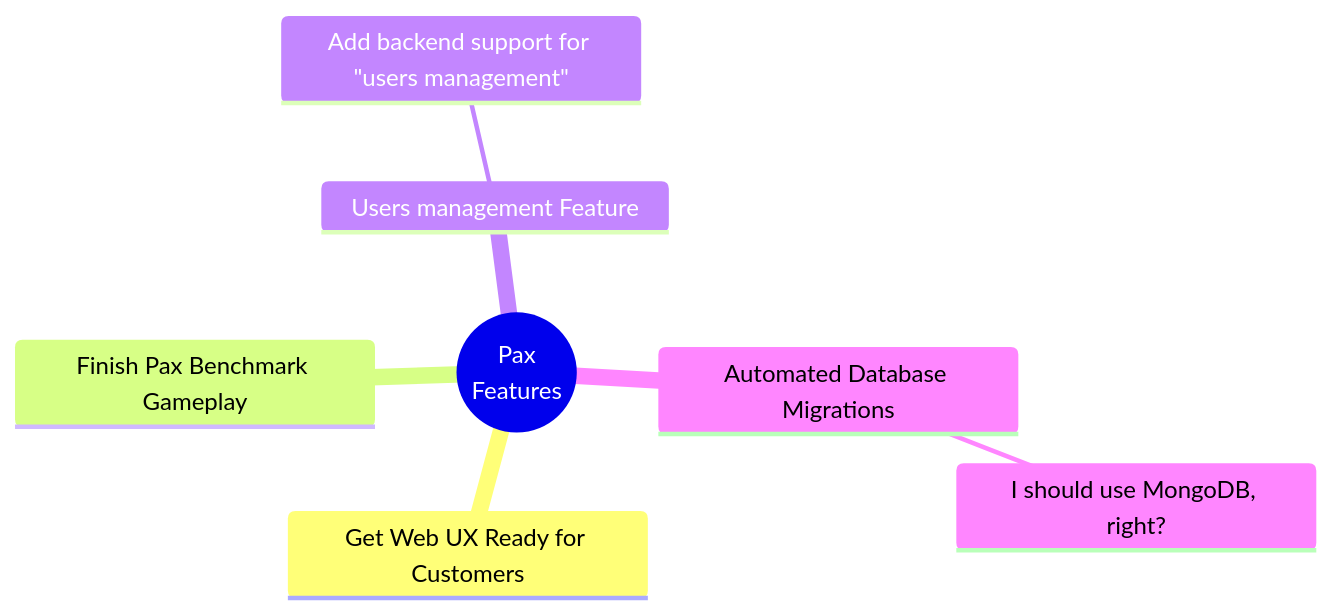
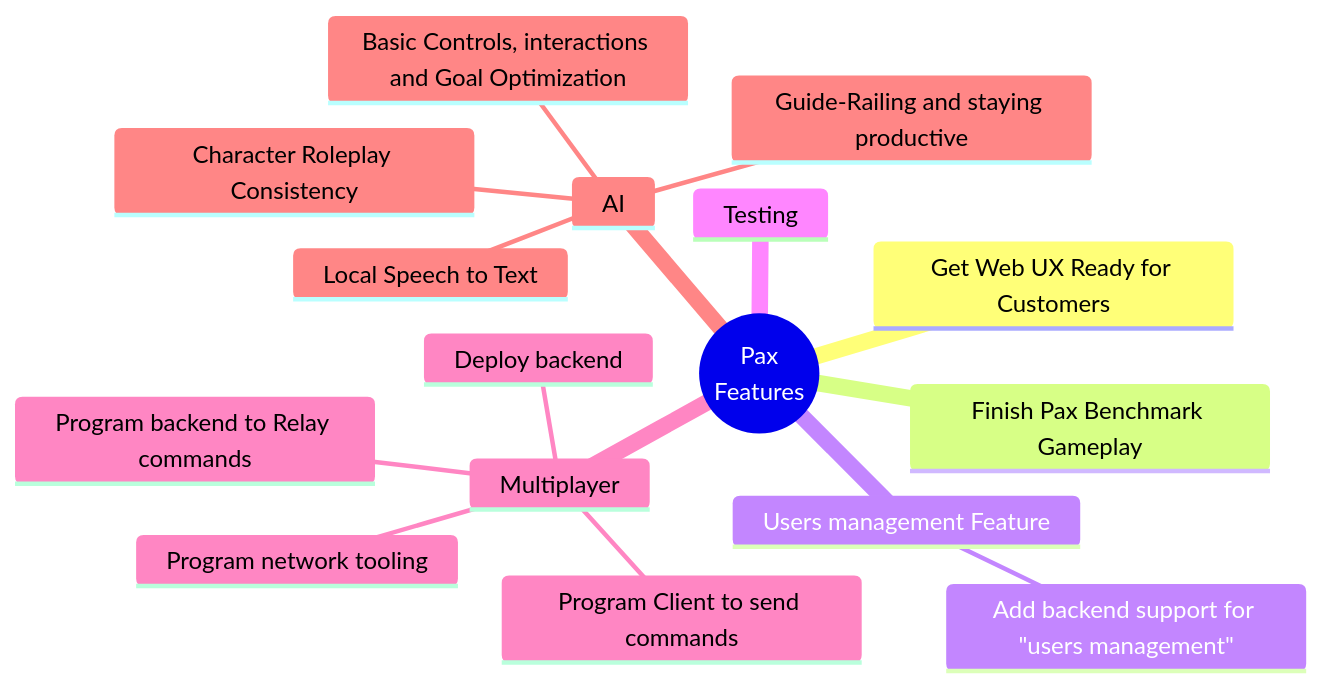
One commit to TriNetCo/pax-imperia-web changed the second of 2 diagrams in docs/architectural_diagrams.md. Above: the diagram before and after it, drawn with Mermaid.

````diff
--- a/docs/architectural_diagrams.md
+++ b/docs/architectural_diagrams.md
@@ -21,17 +21,35 @@
 ```mermaid
 mindmap
     root((Pax <br/> Features))
         Get Web UX Ready for Customers
         ::icon(fa fa-star)
         Finish Pax Benchmark Gameplay
         ::icon(fa fa-star)
         Users management Feature
         ::icon(fa fa-star)
             Add backend support for "users management"
             ::icon(fa fa-book)
         ::icon(fa fa-star)
-        Automated Database Migrations
+        Testing
         ::icon(fa fa-star)
-            I should use MongoDB, right?
-            ::icon(fa fa-question)
+        Multiplayer
+        ::icon(fa fa-star)
+            Deploy backend 
+            ::icon(fa fa-star)
+            Program Client to send commands
+            ::icon(fa fa-star)
+            Program backend to Relay commands
+            ::icon(fa fa-star)
+            Program network tooling 
+            ::icon(fa fa-star)
+        AI
+        ::icon(fa fa-star)
+            Basic Controls, interactions and Goal Optimization
+            ::icon(fa fa-star)
+            Local Speech to Text
+            ::icon(fa fa-star)
+            Character Roleplay Consistency
+            ::icon(fa fa-star)
+            Guide-Railing and staying productive
+            ::icon(fa fa-star)
 ```
````
